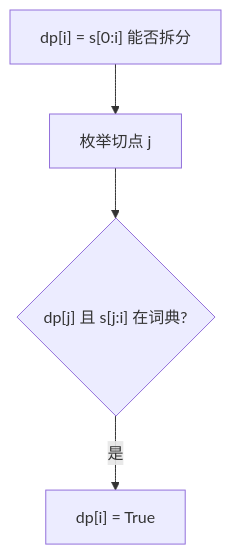
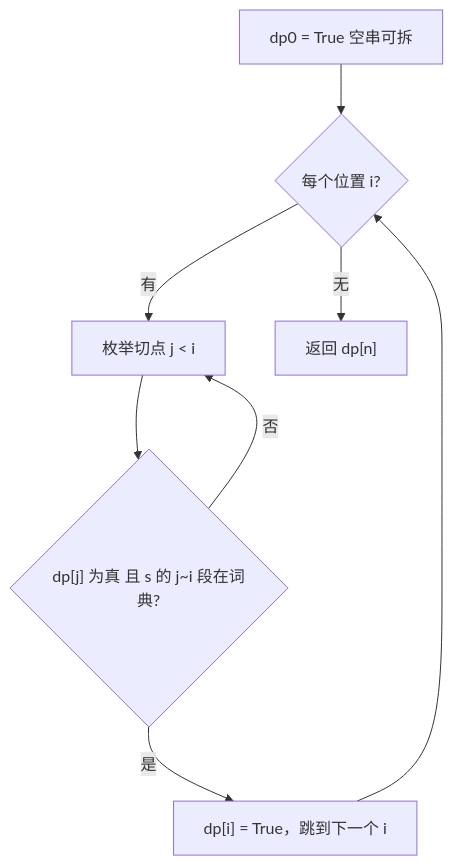
Before and after one commit to OctalZero/hot100-py: the first of 2 diagrams in 16-动态规划/0139-单词拆分.md, drawn with Mermaid. The commit also changed other lines of this file and 117 other files, not shown here.

First line of the commit message:
feat: 全题解配图升级为「动画式 mermaid」（总览骨架 + 横向时间线逐步推演）

````diff
--- a/16-动态规划/0139-单词拆分.md
+++ b/16-动态规划/0139-单词拆分.md
@@ -21,6 +21,10 @@
 ```mermaid
 flowchart TD
-    A["dp[i] = s[0:i] 能否拆分"] --> B["枚举切点 j"]
-    B --> C{"dp[j] 且 s[j:i] 在词典?"}
-    C -- "是" --> D["dp[i] = True"]
+    A["dp0 = True 空串可拆"] --> B{"每个位置 i?"}
+    B -->|"有"| C["枚举切点 j < i"]
+    C --> D{"dp[j] 为真 且 s 的 j~i 段在词典?"}
+    D -->|"是"| E["dp[i] = True，跳到下一个 i"]
+    D -->|"否"| C
+    E --> B
+    B -->|"无"| F["返回 dp[n]"]
 ```
````
